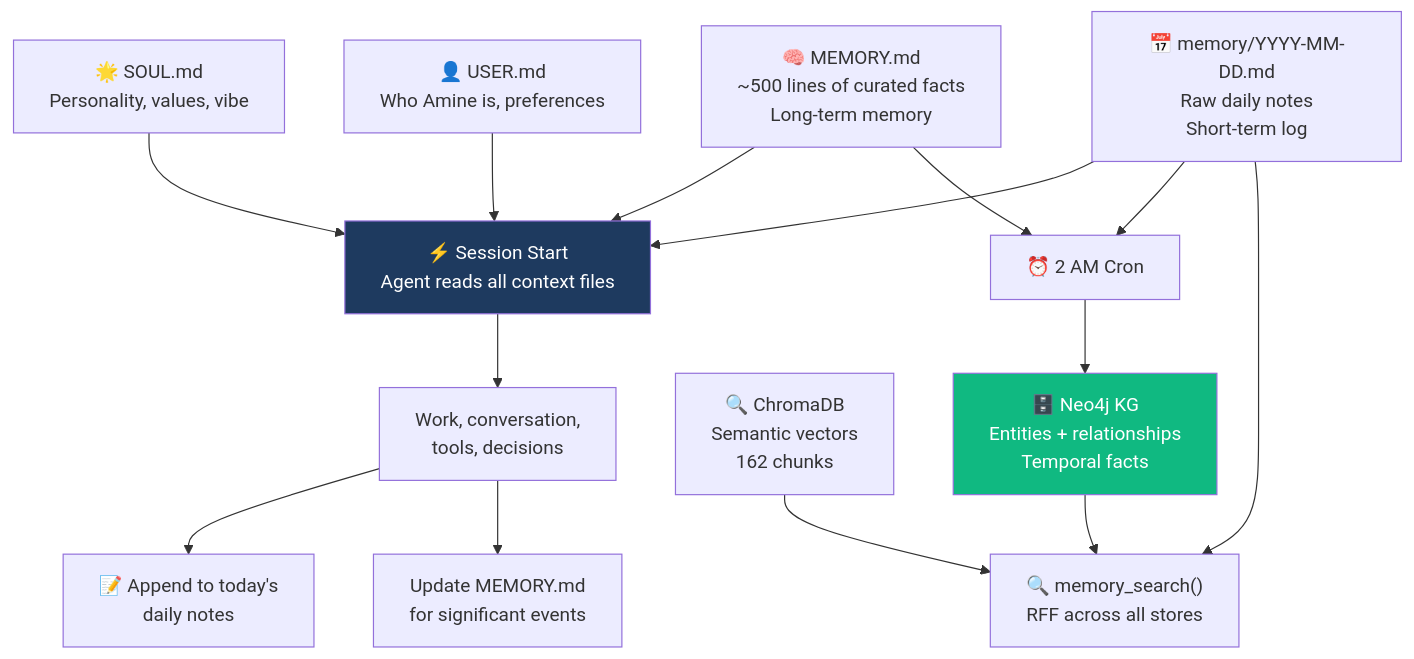
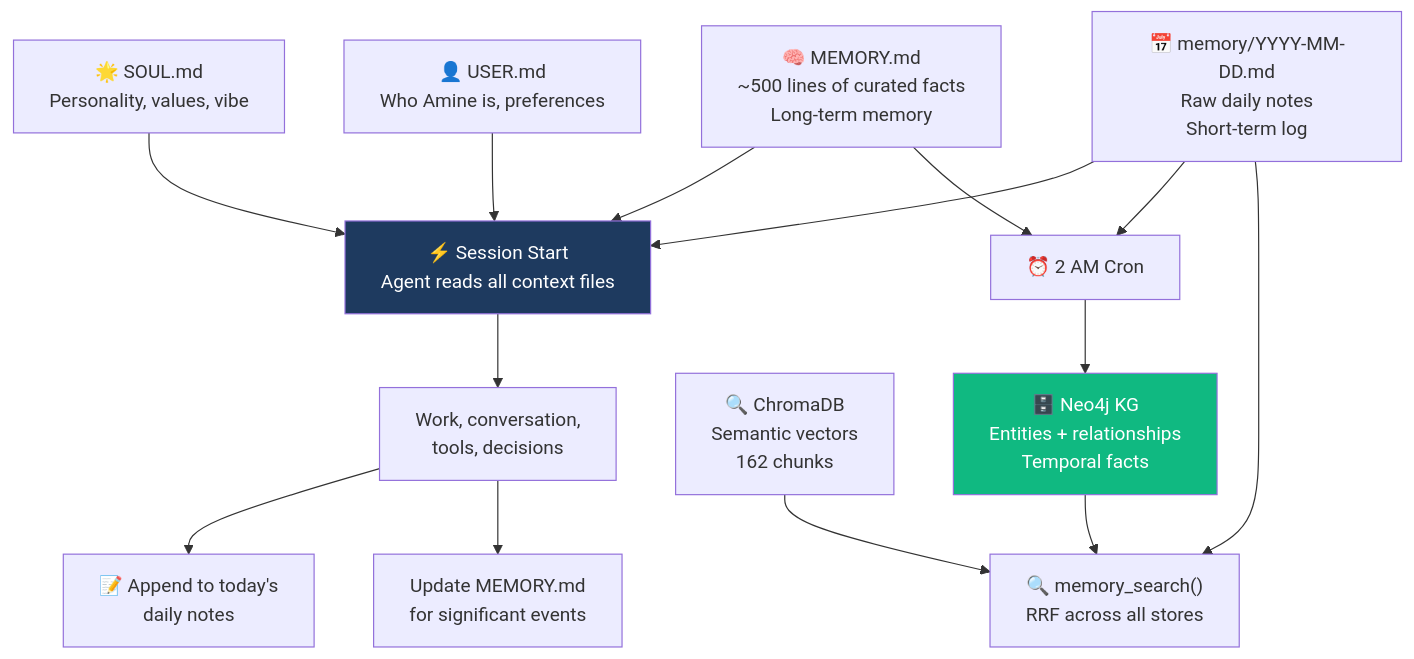
One commit to Amineelfarssi/amineelfarssi.github.io changed the diagram in content/blog/persistent-ai-identity.md. Above: the diagram before and after it, drawn with Mermaid. The commit also changed other lines of this file, not shown here.

```diff
--- a/content/blog/persistent-ai-identity.md
+++ b/content/blog/persistent-ai-identity.md
@@ -29,27 +29,27 @@
 {{< mermaid >}}
 graph TD
-    SOUL["🌟 SOUL.md\nPersonality, values, vibe"]
-    USER["👤 USER.md\nWho Amine is, preferences"]
-    MEMORY["🧠 MEMORY.md\n~500 lines of curated facts\nLong-term memory"]
-    DAILY["📅 memory/YYYY-MM-DD.md\nRaw daily notes\nShort-term log"]
-    KG["🗄️ Neo4j KG\nEntities + relationships\nTemporal facts"]
-    CHROMA["🔍 ChromaDB\nSemantic vectors\n162 chunks"]
-    
-    SOUL --> SESSION["⚡ Session Start\nAgent reads all context files"]
+    SOUL["🌟 SOUL.md<br/>Personality, values, vibe"]
+    USER["👤 USER.md<br/>Who Amine is, preferences"]
+    MEMORY["🧠 MEMORY.md<br/>~500 lines of curated facts<br/>Long-term memory"]
+    DAILY["📅 memory/YYYY-MM-DD.md<br/>Raw daily notes<br/>Short-term log"]
+    KG["🗄️ Neo4j KG<br/>Entities + relationships<br/>Temporal facts"]
+    CHROMA["🔍 ChromaDB<br/>Semantic vectors<br/>162 chunks"]
+
+    SOUL --> SESSION["⚡ Session Start<br/>Agent reads all context files"]
     USER --> SESSION
     MEMORY --> SESSION
     DAILY --> SESSION
-    
-    SESSION --> WORK["Work, conversation,\ntools, decisions"]
-    WORK --> APPEND["📝 Append to today's\ndaily notes"]
-    WORK --> UPDATE["Update MEMORY.md\nfor significant events"]
-    
+
+    SESSION --> WORK["Work, conversation,<br/>tools, decisions"]
+    WORK --> APPEND["📝 Append to today's<br/>daily notes"]
+    WORK --> UPDATE["Update MEMORY.md<br/>for significant events"]
+
     CRON["⏰ 2 AM Cron"] --> KG
     DAILY --> CRON
     MEMORY --> CRON
-    KG --> QUERY["🔍 memory_search()\nRFF across all stores"]
+    KG --> QUERY["🔍 memory_search()<br/>RRF across all stores"]
     CHROMA --> QUERY
     DAILY --> QUERY
     style SESSION fill:#1e3a5f,color:#fff
     style KG fill:#10b981,color:#fff
 {{< /mermaid >}}
```
